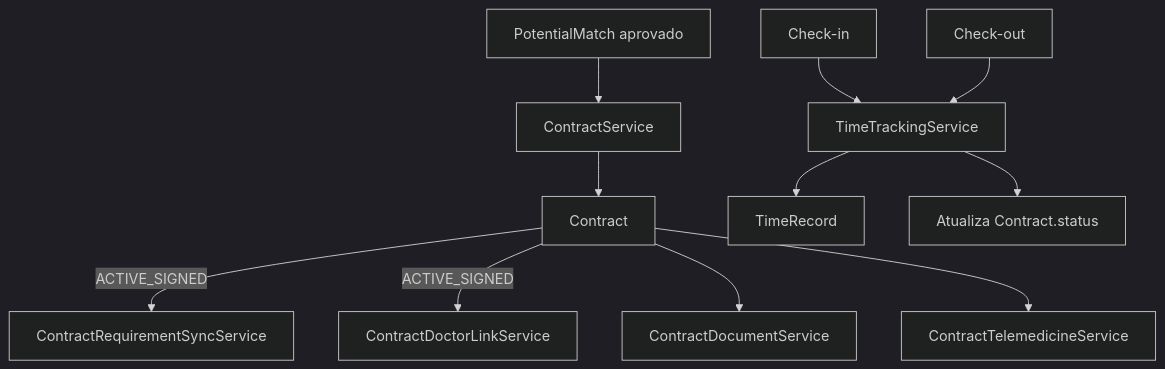
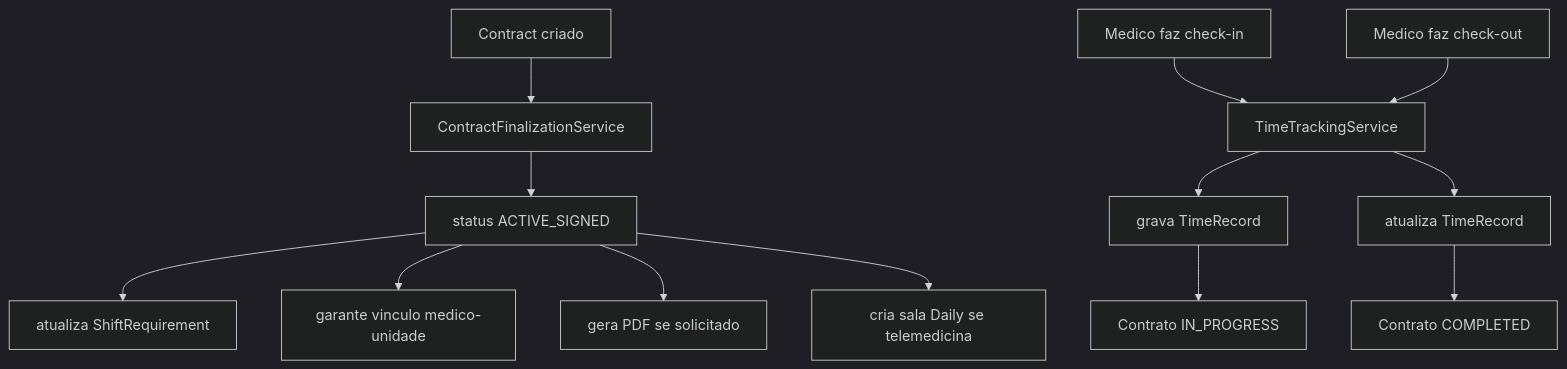
Before and after one commit to thousandtws-tech/tws-fht-clinca-b2y: the fifth of 7 diagrams in org.tws.by2/docs/backend-java-fluxo.md, drawn with Mermaid (dark theme). The commit also changed other lines of this file, not shown here.

````diff
--- a/org.tws.by2/docs/backend-java-fluxo.md
+++ b/org.tws.by2/docs/backend-java-fluxo.md
@@ -479,14 +531,17 @@
 ```mermaid
 flowchart TD
-  A[PotentialMatch aprovado] --> B[ContractService]
-  B --> C[Contract]
-  C -->|ACTIVE_SIGNED| D[ContractRequirementSyncService]
-  C -->|ACTIVE_SIGNED| E[ContractDoctorLinkService]
-  C --> F[ContractDocumentService]
-  C --> G[ContractTelemedicineService]
+  A[Contract criado] --> B[ContractFinalizationService]
+  B --> C[status ACTIVE_SIGNED]
+  C --> D[atualiza ShiftRequirement]
+  C --> E[garante vinculo medico-unidade]
+  C --> F[gera PDF se solicitado]
+  C --> G[cria sala Daily se telemedicina]
 
-  H[Check-in] --> I[TimeTrackingService]
-  J[Check-out] --> I
-  I --> K[TimeRecord]
-  I --> L[Atualiza Contract.status]
+  H[Medico faz check-in] --> I[TimeTrackingService]
+  I --> J[grava TimeRecord]
+  J --> K[Contrato IN_PROGRESS]
+
+  L[Medico faz check-out] --> I
+  I --> M[atualiza TimeRecord]
+  M --> N[Contrato COMPLETED]
 ```
````
